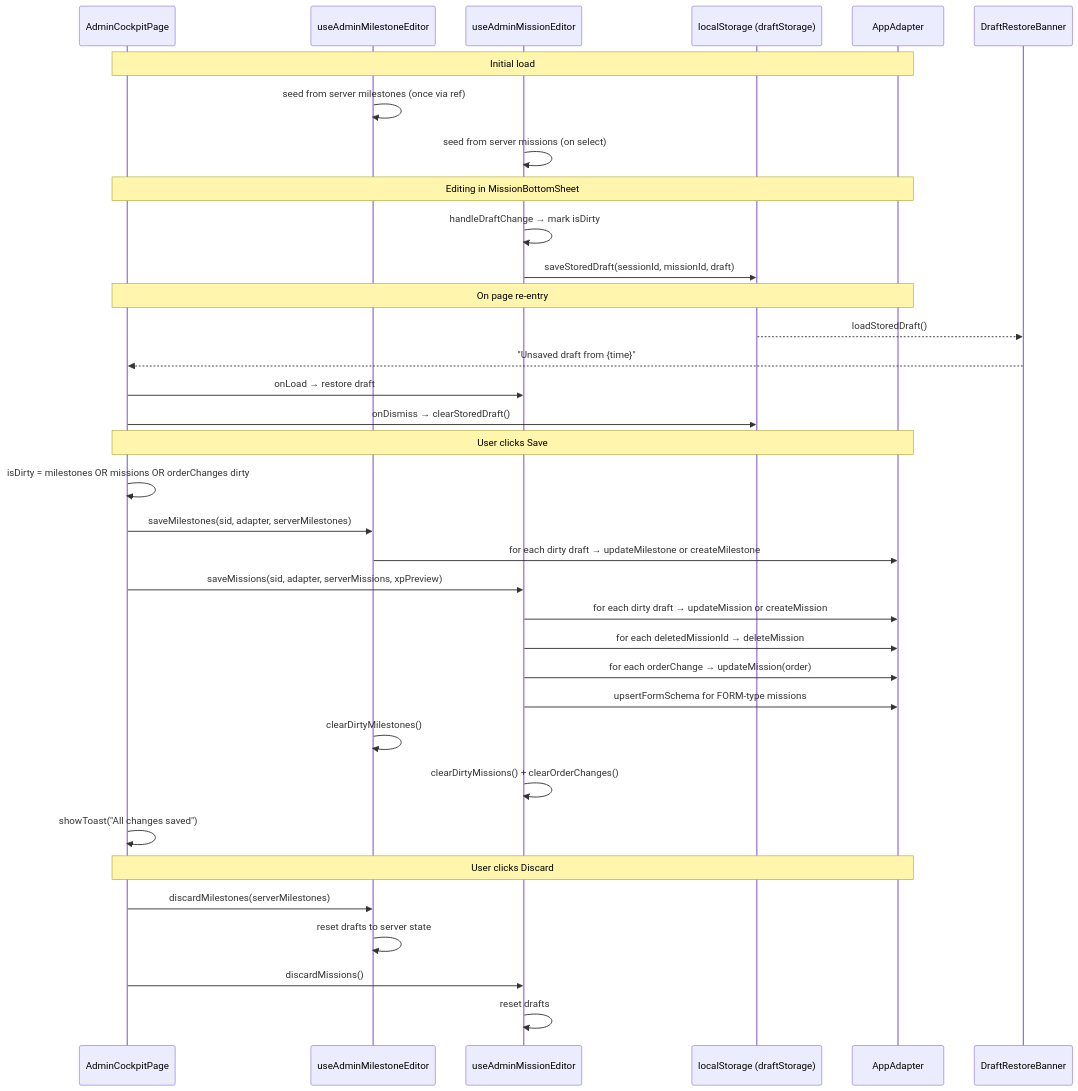
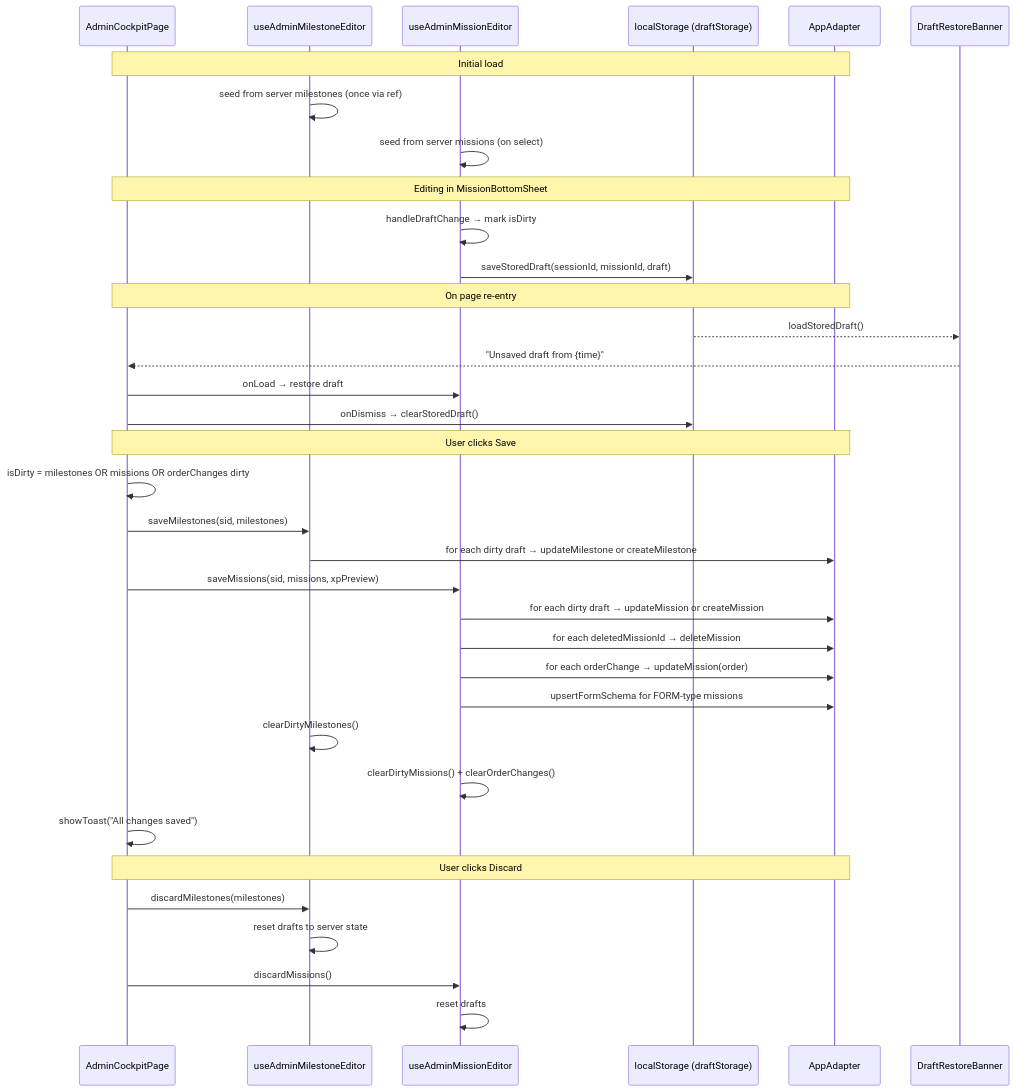
Before and after one commit to hoonsubin/messe-buddy-app: the seventh of 8 diagrams in docs/admin-view-data.md, drawn with Mermaid. The commit also changed other lines of this file and 43 other files, not shown here.

````diff
--- a/docs/admin-view-data.md
+++ b/docs/admin-view-data.md
@@ -707,41 +729,41 @@
 ```mermaid
 sequenceDiagram
     participant Admin as AdminCockpitPage
     participant MilestoneEditor as useAdminMilestoneEditor
     participant MissionEditor as useAdminMissionEditor
     participant Storage as localStorage (draftStorage)
     participant Adapter as AppAdapter
 
     Note over Admin,Adapter: Initial load
     MilestoneEditor->>MilestoneEditor: seed from server milestones (once via ref)
     MissionEditor->>MissionEditor: seed from server missions (on select)
 
     Note over Admin,Adapter: Editing in MissionBottomSheet
     MissionEditor->>MissionEditor: handleDraftChange → mark isDirty
     MissionEditor->>Storage: saveStoredDraft(sessionId, missionId, draft)
     
     Note over Admin,Adapter: On page re-entry
     Storage-->>DraftRestoreBanner: loadStoredDraft()
     DraftRestoreBanner-->>Admin: "Unsaved draft from {time}"
     Admin->>MissionEditor: onLoad → restore draft
     Admin->>Storage: onDismiss → clearStoredDraft()
 
     Note over Admin,Adapter: User clicks Save
     Admin->>Admin: isDirty = milestones OR missions OR orderChanges dirty
-    Admin->>MilestoneEditor: saveMilestones(sid, adapter, serverMilestones)
+    Admin->>MilestoneEditor: saveMilestones(sid, milestones)
     MilestoneEditor->>Adapter: for each dirty draft → updateMilestone or createMilestone
-    Admin->>MissionEditor: saveMissions(sid, adapter, serverMissions, xpPreview)
+    Admin->>MissionEditor: saveMissions(sid, missions, xpPreview)
     MissionEditor->>Adapter: for each dirty draft → updateMission or createMission
     MissionEditor->>Adapter: for each deletedMissionId → deleteMission
     MissionEditor->>Adapter: for each orderChange → updateMission(order)
     MissionEditor->>Adapter: upsertFormSchema for FORM-type missions
     MilestoneEditor->>MilestoneEditor: clearDirtyMilestones()
     MissionEditor->>MissionEditor: clearDirtyMissions() + clearOrderChanges()
     Admin->>Admin: showToast("All changes saved")
 
     Note over Admin,Adapter: User clicks Discard
-    Admin->>MilestoneEditor: discardMilestones(serverMilestones)
+    Admin->>MilestoneEditor: discardMilestones(milestones)
     MilestoneEditor->>MilestoneEditor: reset drafts to server state
     Admin->>MissionEditor: discardMissions()
     MissionEditor->>MissionEditor: reset drafts
 ```
````
